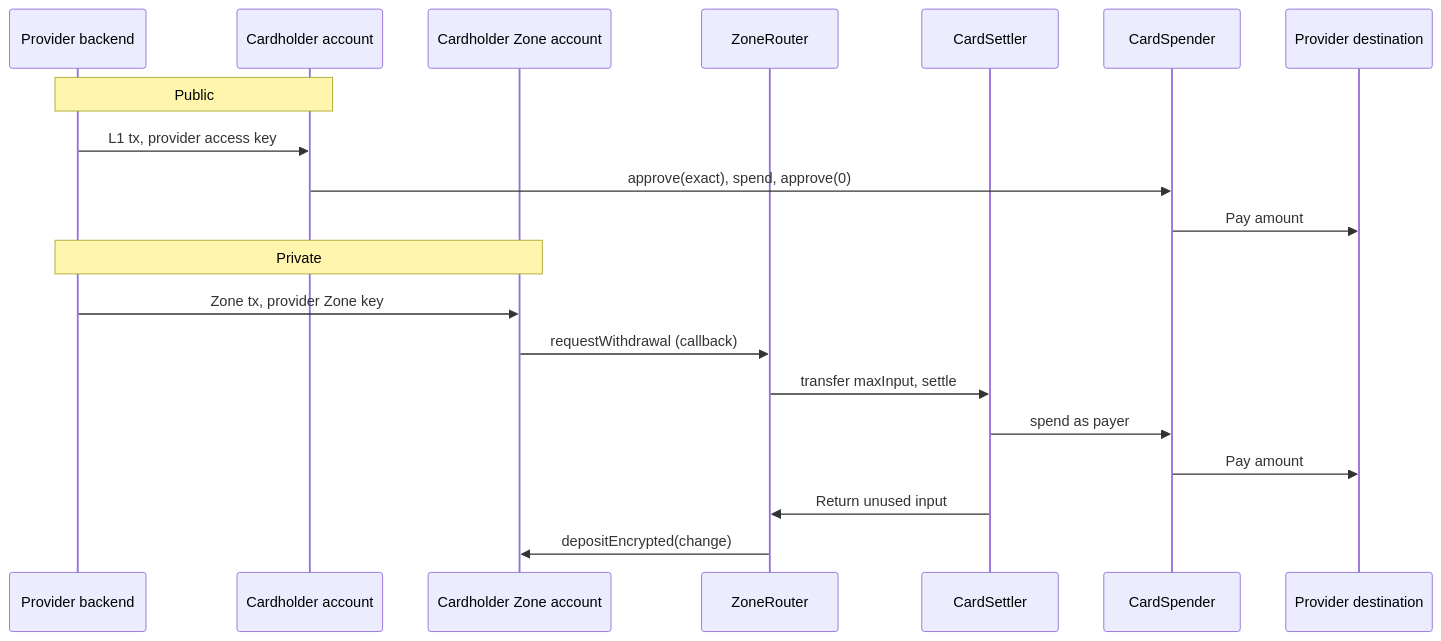
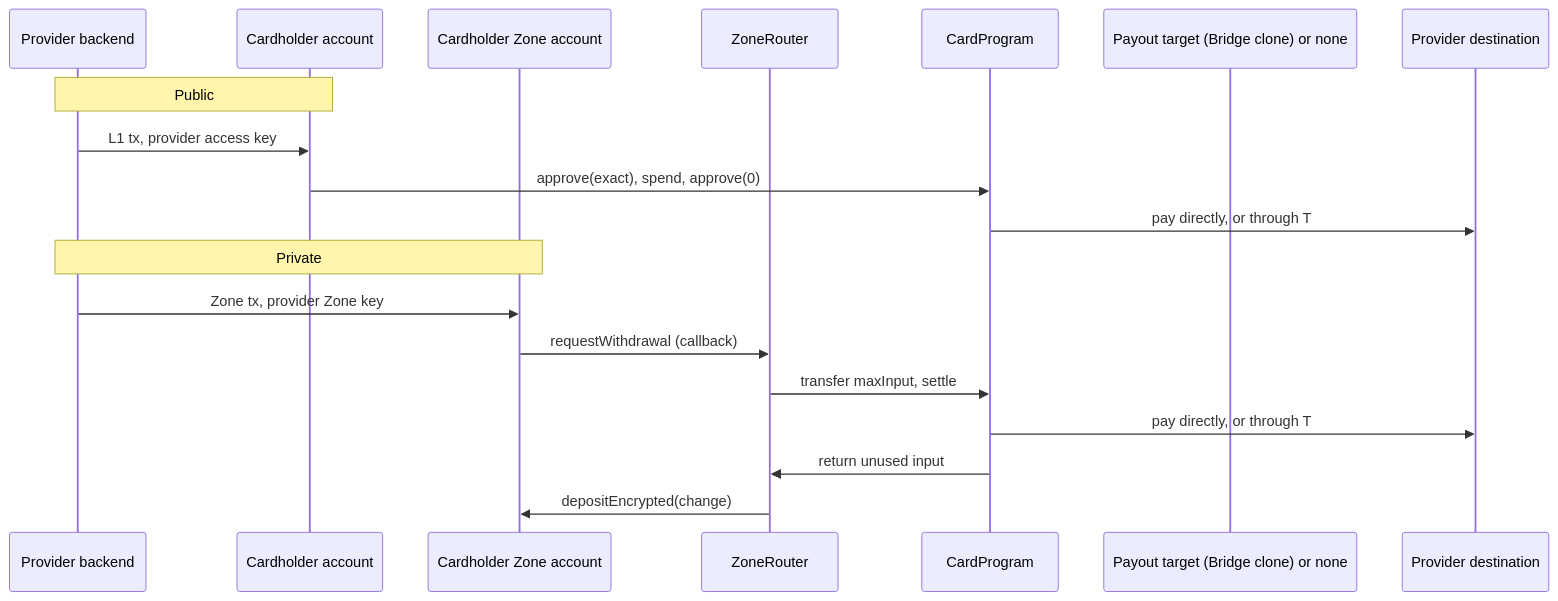
Before and after one commit to tempoxyz/contracts: the diagram in docs/cards/design.md, drawn with Mermaid. The commit also changed other lines of this file and 81 other files, not shown here.

Commit message:
refactor(cards): one CardProgram over an ICardIssuer for Bridge and Rain

````diff
--- a/docs/cards/design.md
+++ b/docs/cards/design.md
@@ -40,22 +50,21 @@
 ```mermaid
 sequenceDiagram
     participant P as Provider backend
     participant A as Cardholder account
     participant Z as Cardholder Zone account
     participant R as ZoneRouter
-    participant St as CardSettler
-    participant Sp as CardSpender
+    participant C as CardProgram
+    participant T as Payout target (Bridge clone) or none
     participant D as Provider destination
     Note over P,A: Public
     P->>A: L1 tx, provider access key
-    A->>Sp: approve(exact), spend, approve(0)
-    Sp->>D: Pay amount
+    A->>C: approve(exact), spend, approve(0)
+    C->>D: pay directly, or through T
     Note over P,Z: Private
     P->>Z: Zone tx, provider Zone key
     Z->>R: requestWithdrawal (callback)
-    R->>St: transfer maxInput, settle
-    St->>Sp: spend as payer
-    Sp->>D: Pay amount
-    St->>R: Return unused input
+    R->>C: transfer maxInput, settle
+    C->>D: pay directly, or through T
+    C->>R: return unused input
     R->>Z: depositEncrypted(change)
 ```
````
